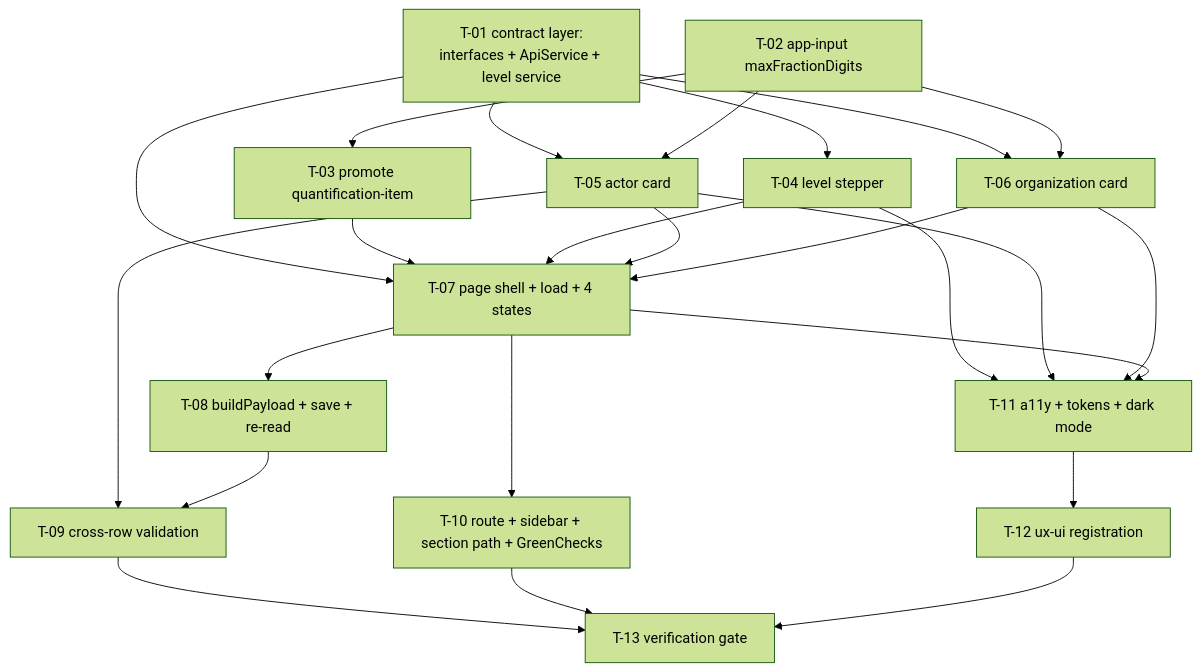
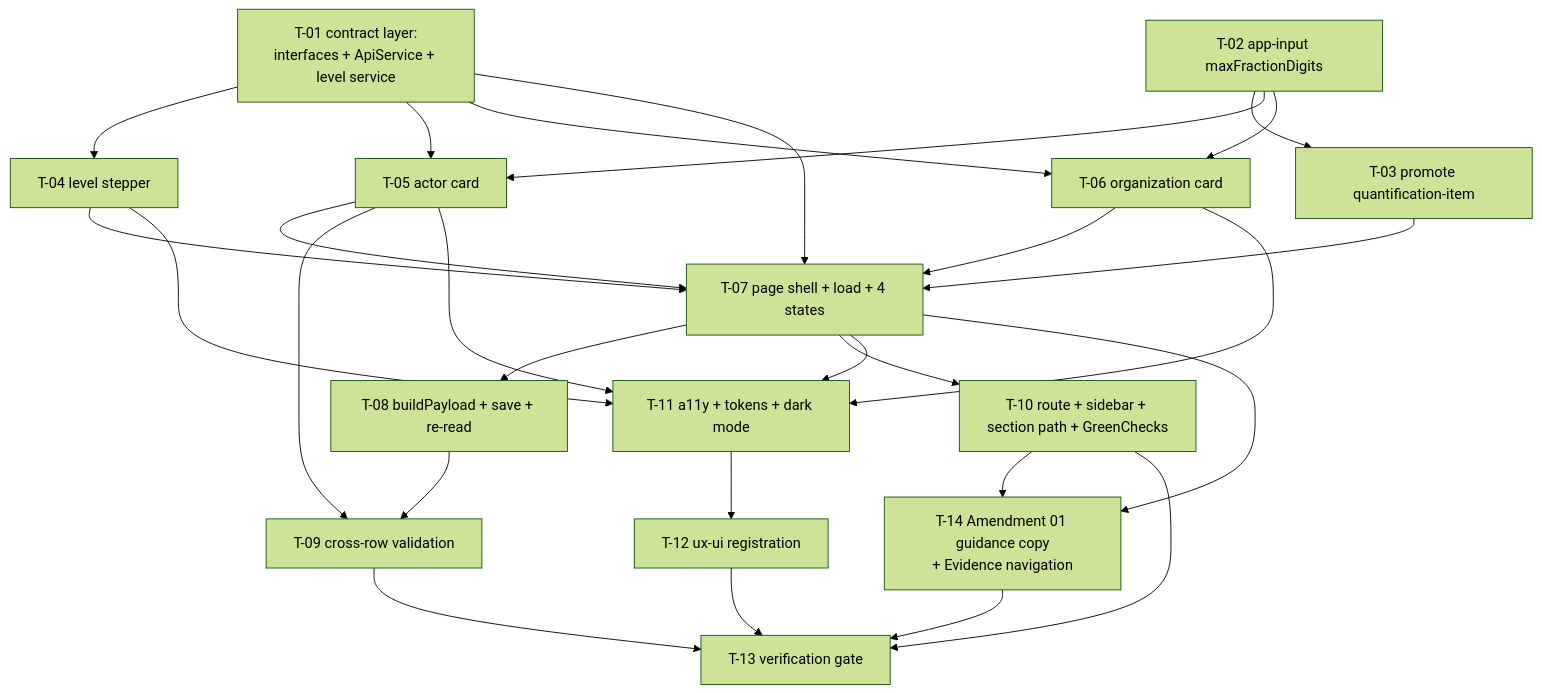
Before and after one commit to AllianceBioversityCIAT/alliance-research-indicators-main: the diagram in docs/specs/innovation-use/details-page/tasks.md, drawn with Mermaid (forest theme). The commit also changed other lines of this file and 10 other files, not shown here.

````diff
--- a/docs/specs/innovation-use/details-page/tasks.md
+++ b/docs/specs/innovation-use/details-page/tasks.md
@@ -61,26 +61,29 @@
 ```mermaid
 graph TD
   T01[T-01 contract layer:<br/>interfaces + ApiService + level service] --> T04[T-04 level stepper]
   T01 --> T05[T-05 actor card]
   T01 --> T06[T-06 organization card]
   T02[T-02 app-input maxFractionDigits] --> T03[T-03 promote quantification-item]
   T02 --> T05
   T02 --> T06
   T01 --> T07[T-07 page shell + load + 4 states]
   T03 --> T07
   T04 --> T07
   T05 --> T07
   T06 --> T07
   T07 --> T08[T-08 buildPayload + save + re-read]
   T05 --> T09[T-09 cross-row validation]
   T08 --> T09
   T07 --> T10[T-10 route + sidebar + section path + GreenChecks]
   T04 --> T11[T-11 a11y + tokens + dark mode]
   T05 --> T11
   T06 --> T11
   T07 --> T11
   T11 --> T12[T-12 ux-ui registration]
+  T07 --> T14[T-14 Amendment 01 guidance copy<br/>+ Evidence navigation]
+  T10 --> T14
   T09 --> T13[T-13 verification gate]
   T10 --> T13
   T12 --> T13
+  T14 --> T13
 ```
````
